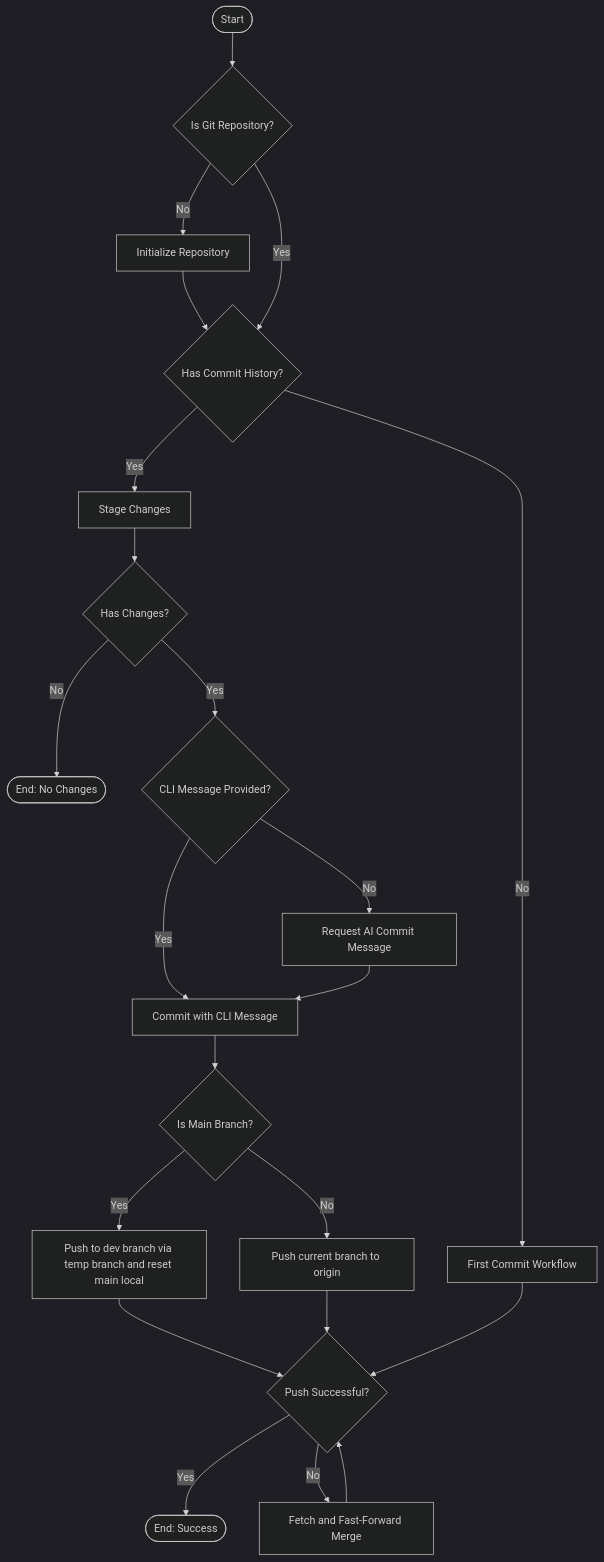
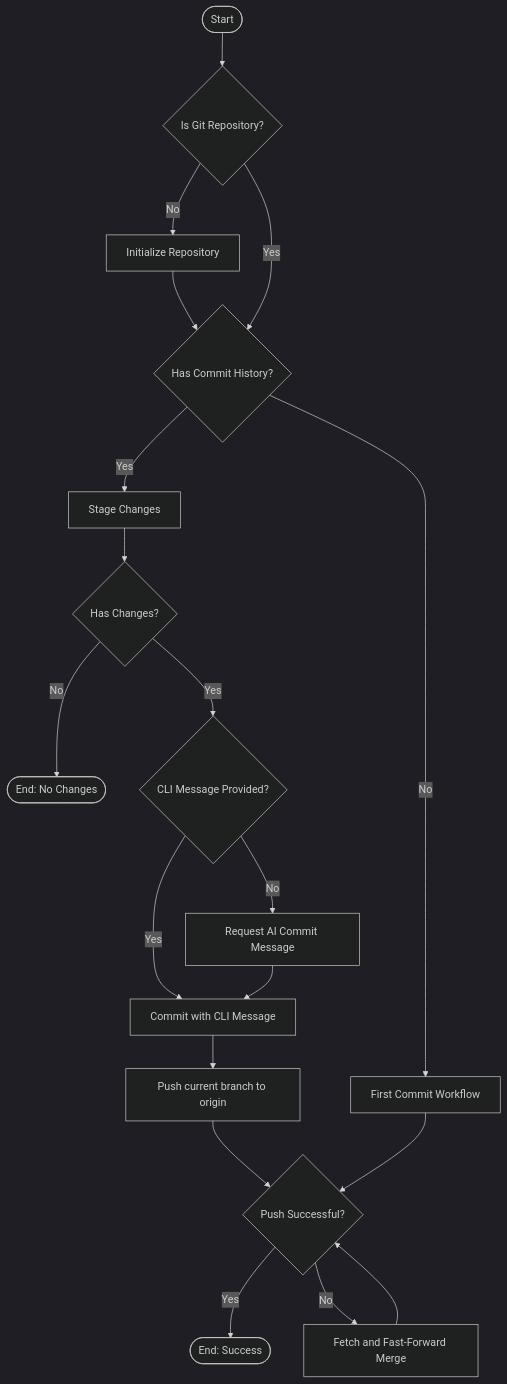
The diagram in gci/readme/en.md (i18n-site/lib), drawn with Mermaid (dark theme) before and after one commit. The commit also changed other lines of this file and 7 other files, not shown here.

Commit message:
chore: modify gci and gitsync to push directly to current branch

````diff
--- a/gci/readme/en.md
+++ b/gci/readme/en.md
@@ -65,25 +65,23 @@
 ```mermaid
 graph TD
     Start([Start]) --> CheckRepo{Is Git Repository?}
     CheckRepo -- No --> InitRepo[Initialize Repository] --> CheckCommit
     CheckRepo -- Yes --> CheckCommit{Has Commit History?}
 
     CheckCommit -- No --> FirstCommit[First Commit Workflow]
     CheckCommit -- Yes --> StageChanges[Stage Changes]
 
     StageChanges --> DiffCheck{Has Changes?}
     DiffCheck -- No --> EndNoChanges([End: No Changes])
     DiffCheck -- Yes --> GetMsg{CLI Message Provided?}
 
     GetMsg -- Yes --> Commit[Commit with CLI Message]
     GetMsg -- No --> RequestAI[Request AI Commit Message] --> Commit
 
-    Commit --> BranchPolicy{Is Main Branch?}
-    BranchPolicy -- Yes --> BranchProtect[Push to dev branch via temp branch and reset main local] --> PushRetry
-    BranchPolicy -- No --> PushDirect[Push current branch to origin] --> PushRetry
+    Commit --> PushDirect[Push current branch to origin] --> PushRetry
 
     FirstCommit --> PushRetry
     PushRetry{Push Successful?}
     PushRetry -- Yes --> EndSuccess([End: Success])
     PushRetry -- No --> FetchMerge[Fetch and Fast-Forward Merge] --> PushRetry
 ```
````
